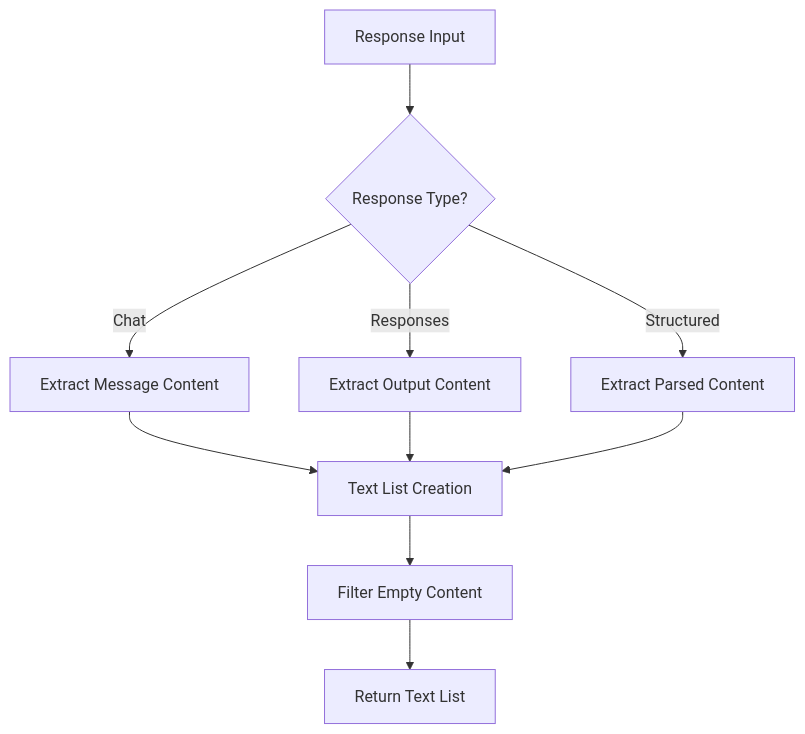
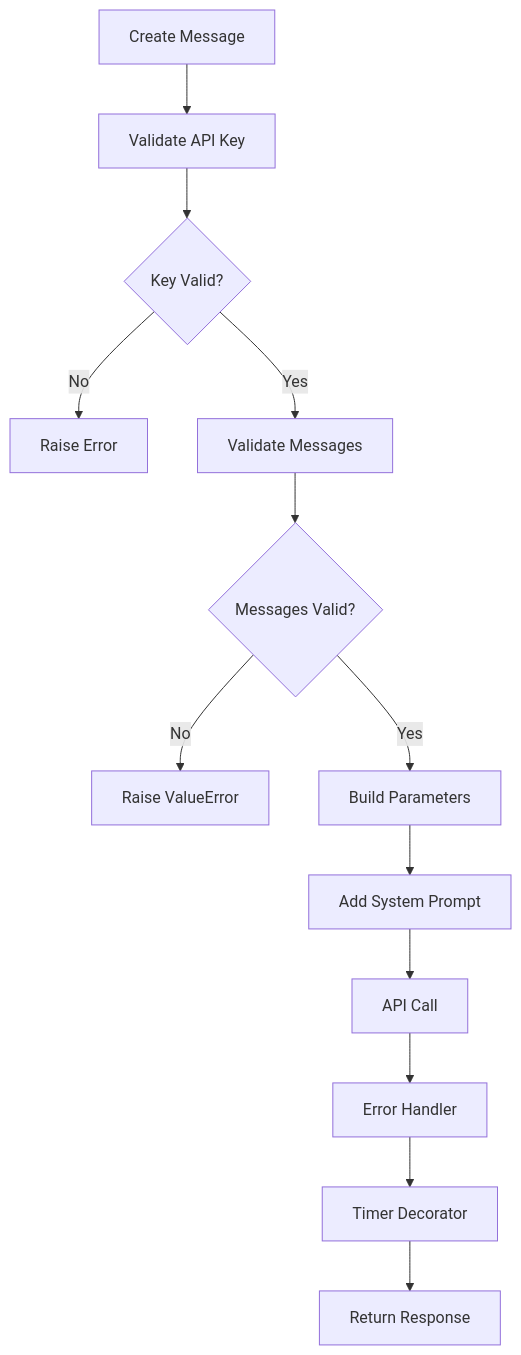
The eighth of 10 diagrams in doc/helper_api.md (nakashima2toshio/anthropic_api_jp), drawn with Mermaid before and after one commit. The commit also changed other lines of this file and 12 other files, not shown here.

````diff
--- a/doc/helper_api.md
+++ b/doc/helper_api.md
@@ -322,12 +338,15 @@
 ```mermaid
 graph TD
-    A["Response Input"] --> B{"Response Type?"}
-    B -->|Chat| C["Extract Message Content"]
-    B -->|Responses| D["Extract Output Content"]
-    B -->|Structured| E["Extract Parsed Content"]
-    C --> F["Text List Creation"]
-    D --> F
-    E --> F
-    F --> G["Filter Empty Content"]
-    G --> H["Return Text List"]
+    A["Create Message"] --> B["Validate API Key"]
+    B --> C{Key Valid?}
+    C -->|No| D["Raise Error"]
+    C -->|Yes| E["Validate Messages"]
+    E --> F{Messages Valid?}
+    F -->|No| G["Raise ValueError"]
+    F -->|Yes| H["Build Parameters"]
+    H --> I["Add System Prompt"]
+    I --> J["API Call"]
+    J --> K["Error Handler"]
+    K --> L["Timer Decorator"]
+    L --> M["Return Response"]
 ```
````
